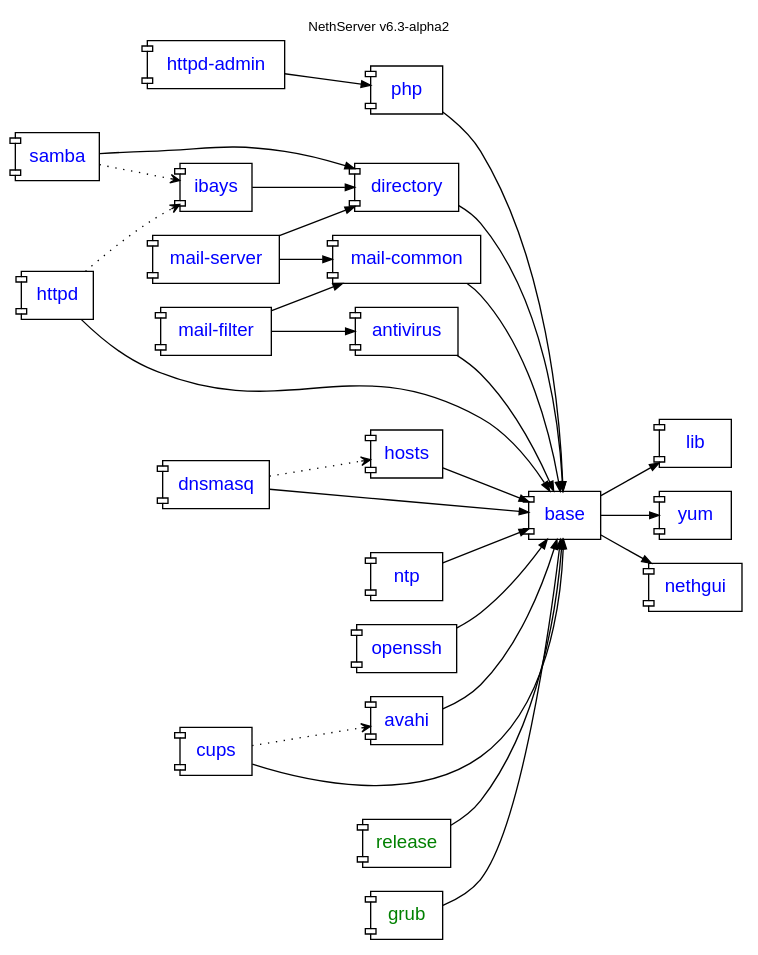
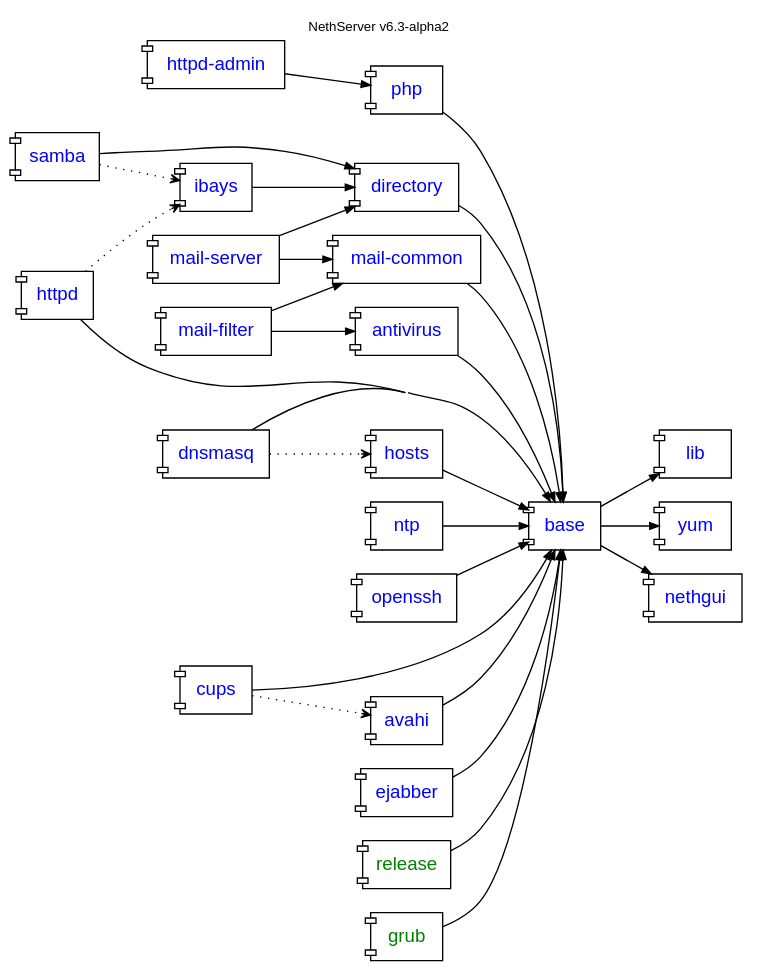
Before and after one commit to nethesis/dev-nethesis-it: the diagram in nethserver/package-dependencies.dot, drawn with Graphviz.

Commit message:
package-dependencies.dot: add ejabber module

```diff
--- a/nethserver/package-dependencies.dot
+++ b/nethserver/package-dependencies.dot
@@ -1,59 +1,61 @@
 digraph "v6.3-alpha2" {
     rankdir = "LR"; compound = true; concentrate = true; fontname = "Helvetica"; fontnames="svg"; fontsize=10.0; label="NethServer v6.3-alpha2"; labelloc = "t"
 
     node [shape="component",fontname="Helvetica"];
     edge [arrowsize=0.7];
 
     httpd_admin [fontcolor=blue,label="httpd-admin",URL="http://dev.nethesis.it/projects/nethserver-httpd-admin"];
     base [fontcolor=blue,URL="http://dev.nethesis.it/projects/nethserver-base"];
     directory [fontcolor=blue,URL="http://dev.nethesis.it/projects/nethserver-directory"];    
     samba [fontcolor=blue,URL="http://dev.nethesis.it/projects/nethserver-samba"];    
     ibays [fontcolor=blue,URL="http://dev.nethesis.it/projects/nethserver-ibays"];    
     lib [fontcolor=blue,URL="http://dev.nethesis.it/projects/nethserver-lib"];    
     httpd [fontcolor=blue,URL="http://dev.nethesis.it/projects/nethserver-httpd"];    
     hosts [fontcolor=blue,URL="http://dev.nethesis.it/projects/nethserver-hosts"];
     php [fontcolor=blue,URL="http://dev.nethesis.it/projects/nethserver-php"];
     yum [fontcolor=blue,URL="http://dev.nethesis.it/projects/nethserver-yum"];
     ntp [fontcolor=blue,URL="http://dev.nethesis.it/projects/nethserver-ntp"];
     dnsmasq [fontcolor=blue,URL="http://dev.nethesis.it/projects/nethserver-dnsmasq"];
     mails [label="mail-server",fontcolor=blue,URL="http://dev.nethesis.it/projects/nethserver-mail-server"];
     mailf [label="mail-filter",fontcolor=blue,URL="http://dev.nethesis.it/projects/nethserver-mail-filter"];
     mailc [label="mail-common",fontcolor=blue,URL="http://dev.nethesis.it/projects/nethserver-mail-common"];
     nethgui [fontcolor=blue,URL="http://dev.nethesis.it/projects/nethgui"];    
     openssh [fontcolor=blue,URL="http://dev.nethesis.it/projects/nethserver-openssh"];
     antivirus [fontcolor=blue,URL="http://dev.nethesis.it/projects/nethserver-antivirus"];
     cups [fontcolor=blue,URL="http://dev.nethesis.it/projects/nethserver-cups"];
-    avahi [fontcolor=blue,URL="http://dev.nethesis.it/projects/nethserver-avahi"];
+    avahi [fontcolor=blue];
+    ejabber [fontcolor=blue,URL="http://dev.nethesis.it/projects/nethserver-ejabberd"];
 
     release [fontcolor=green,URL="https://dev.nethesis.it/projects/nethserver-base/repository/nethserver-release"];
     grub [fontcolor=green,URL="https://dev.nethesis.it/projects/nethserver-base/repository/nethserver-grub"];
                    
     base -> lib
     base -> nethgui
     openssh -> base
     directory -> base
     samba -> directory
     ibays -> directory
     httpd -> base
     httpd -> ibays [style=dotted,arrowhead=vee];
     dnsmasq -> hosts [style=dotted,arrowhead=vee];
     dnsmasq -> base
     hosts -> base
     httpd_admin -> php
     samba -> ibays [style=dotted,arrowhead=vee];
     base -> yum
     ntp -> base
     php -> base
     mails -> directory
     mails -> mailc
     mailf -> mailc
     mailf -> antivirus
     mailc -> base
     antivirus -> base
     release -> base
     grub -> base
     cups -> base
     avahi -> base
     cups -> avahi [style=dotted,arrowhead=vee];
+    ejabber -> base
 
 }
```
